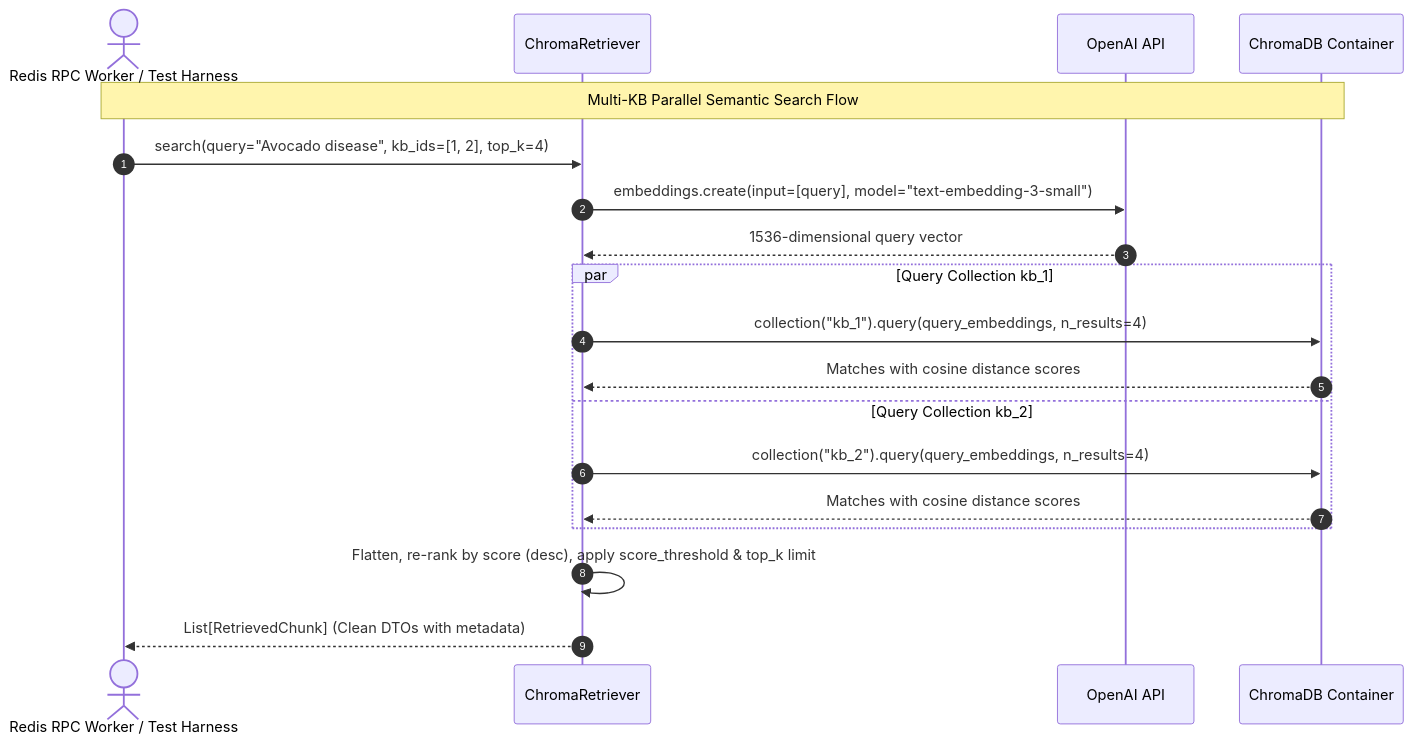
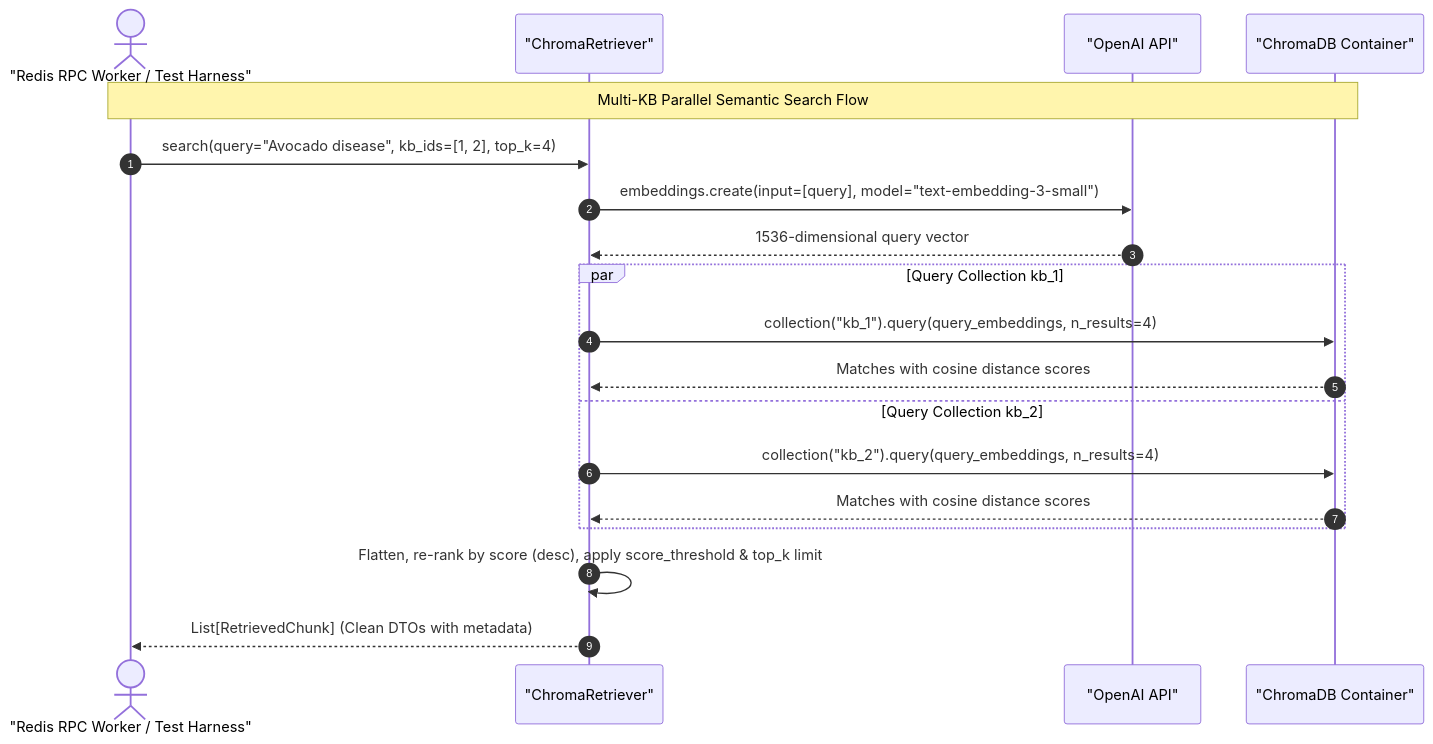
The second of 2 diagrams in docs/features/002_mono_102_vector_kb_parsers_chunkers_and_chroma_retriever_spec.md (akvo/akvo-rag), drawn with Mermaid before and after one commit. The commit also changed 7 other files, not shown here.

Commit message:
docs(features): create 012_mcp_304 spec and fix mermaid diagram rendering across specs

````diff
--- a/docs/features/002_mono_102_vector_kb_parsers_chunkers_and_chroma_retriever_spec.md
+++ b/docs/features/002_mono_102_vector_kb_parsers_chunkers_and_chroma_retriever_spec.md
@@ -80,25 +80,25 @@
 ```mermaid
 sequenceDiagram
     autonumber
-    actor Caller as Redis RPC Worker / Test Harness
-    participant Retriever as ChromaRetriever
-    participant OpenAI as OpenAI API
-    participant Chroma as ChromaDB Container
+    actor Caller as "Redis RPC Worker / Test Harness"
+    participant Retriever as "ChromaRetriever"
+    participant OpenAI as "OpenAI API"
+    participant Chroma as "ChromaDB Container"
 
     Note over Caller, Chroma: Multi-KB Parallel Semantic Search Flow
     Caller->>Retriever: search(query="Avocado disease", kb_ids=[1, 2], top_k=4)
     
     Retriever->>OpenAI: embeddings.create(input=[query], model="text-embedding-3-small")
     OpenAI-->>Retriever: 1536-dimensional query vector
     
     par Query Collection kb_1
         Retriever->>Chroma: collection("kb_1").query(query_embeddings, n_results=4)
         Chroma-->>Retriever: Matches with cosine distance scores
     and Query Collection kb_2
         Retriever->>Chroma: collection("kb_2").query(query_embeddings, n_results=4)
         Chroma-->>Retriever: Matches with cosine distance scores
     end
     
     Retriever->>Retriever: Flatten, re-rank by score (desc), apply score_threshold & top_k limit
     Retriever-->>Caller: List[RetrievedChunk] (Clean DTOs with metadata)
 ```
````
